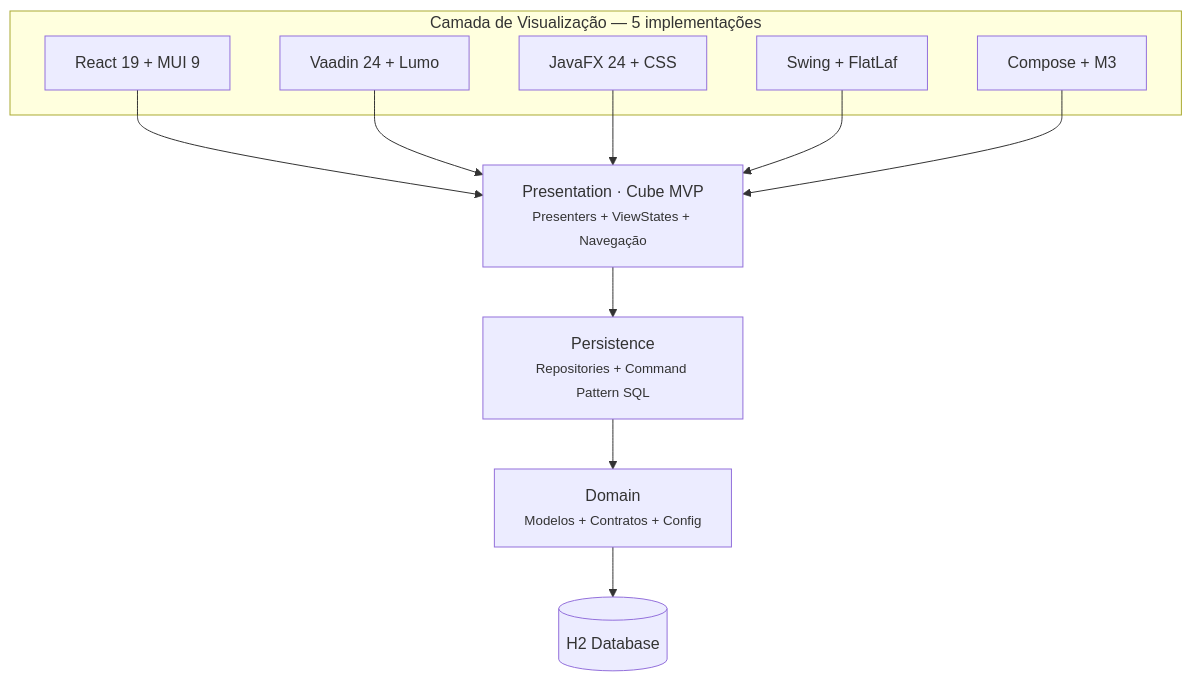
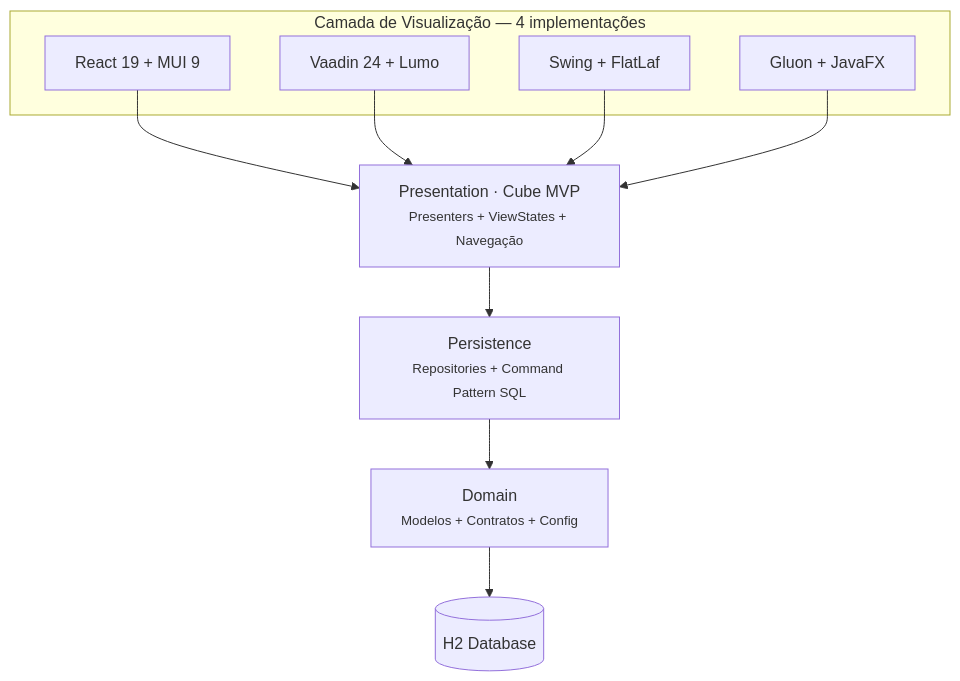
Before and after one commit to mrcdom/wdc-cube-java-v2: the diagram in fontes/br.com.wdc.shopping/README.md, drawn with Mermaid. The commit also changed other lines of this file and 80 other files, not shown here.

First line of the commit message:
refactor: remove módulos view.jfx e view.android (substituídos por view.gluon)

````diff
--- a/fontes/br.com.wdc.shopping/README.md
+++ b/fontes/br.com.wdc.shopping/README.md
@@ -139,17 +128,16 @@
 ```mermaid
 graph TD
-    subgraph Views["Camada de Visualização — 5 implementações"]
+    subgraph Views["Camada de Visualização — 4 implementações"]
         R["React 19 + MUI 9"]
         V["Vaadin 24 + Lumo"]
-        JFX["JavaFX 24 + CSS"]
         SW["Swing + FlatLaf"]
-        AND["Compose + M3"]
+        GLN["Gluon + JavaFX"]
     end
 
     P["Presentation · Cube MVP<br/><small>Presenters + ViewStates + Navegação</small>"]
     PER["Persistence<br/><small>Repositories + Command Pattern SQL</small>"]
     DOM["Domain<br/><small>Modelos + Contratos + Config</small>"]
     DB[("H2 Database")]
 
-    R & V & JFX & SW & AND --> P --> PER --> DOM --> DB
+    R & V & SW & GLN --> P --> PER --> DOM --> DB
 ```
````
